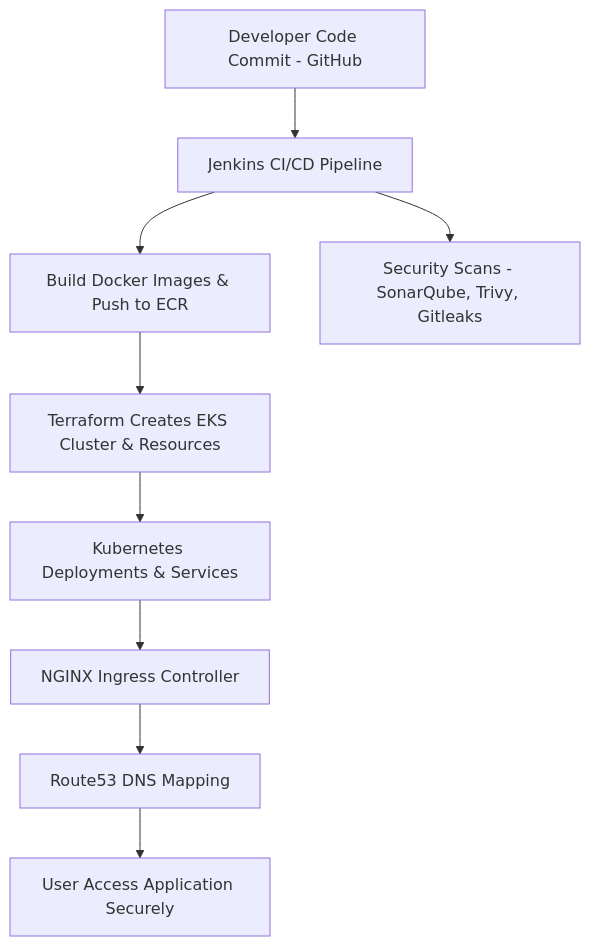
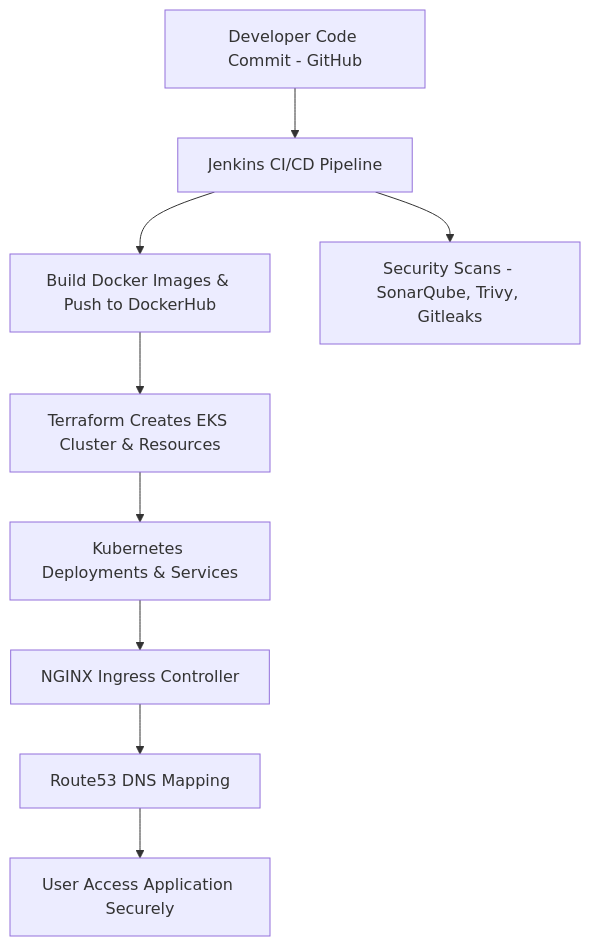
Before and after one commit to udaychopade27/3-Tier-DevSecOps-Mega-Project: the diagram in README.md, drawn with Mermaid.

````diff
--- a/README.md
+++ b/README.md
@@ -26,11 +26,11 @@
 ```mermaid
 graph TD
     A[Developer Code Commit - GitHub] --> B[Jenkins CI/CD Pipeline]
-    B --> C[Build Docker Images & Push to ECR]
+    B --> C[Build Docker Images & Push to DockerHub]
     C --> D[Terraform Creates EKS Cluster & Resources]
     D --> E[Kubernetes Deployments & Services]
     E --> F[NGINX Ingress Controller]
     F --> G[Route53 DNS Mapping]
     G --> H[User Access Application Securely]
     B --> J[Security Scans - SonarQube, Trivy, Gitleaks]
 ```
````
